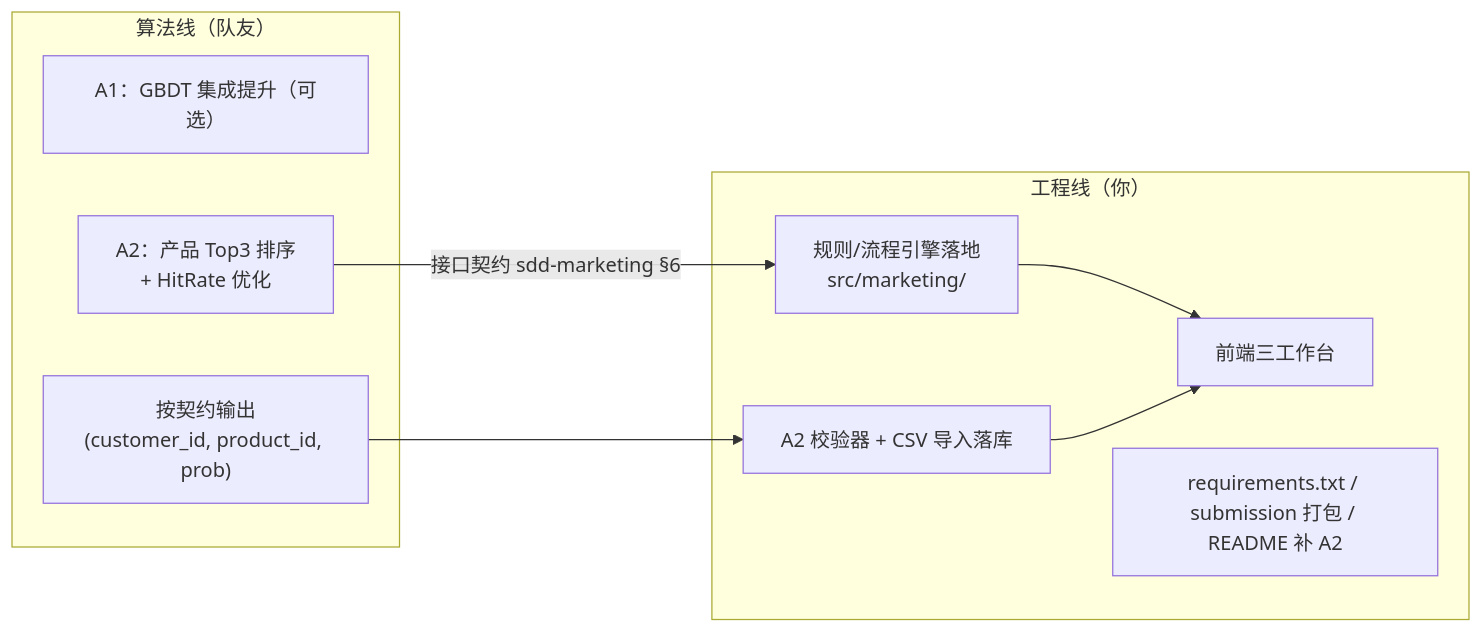
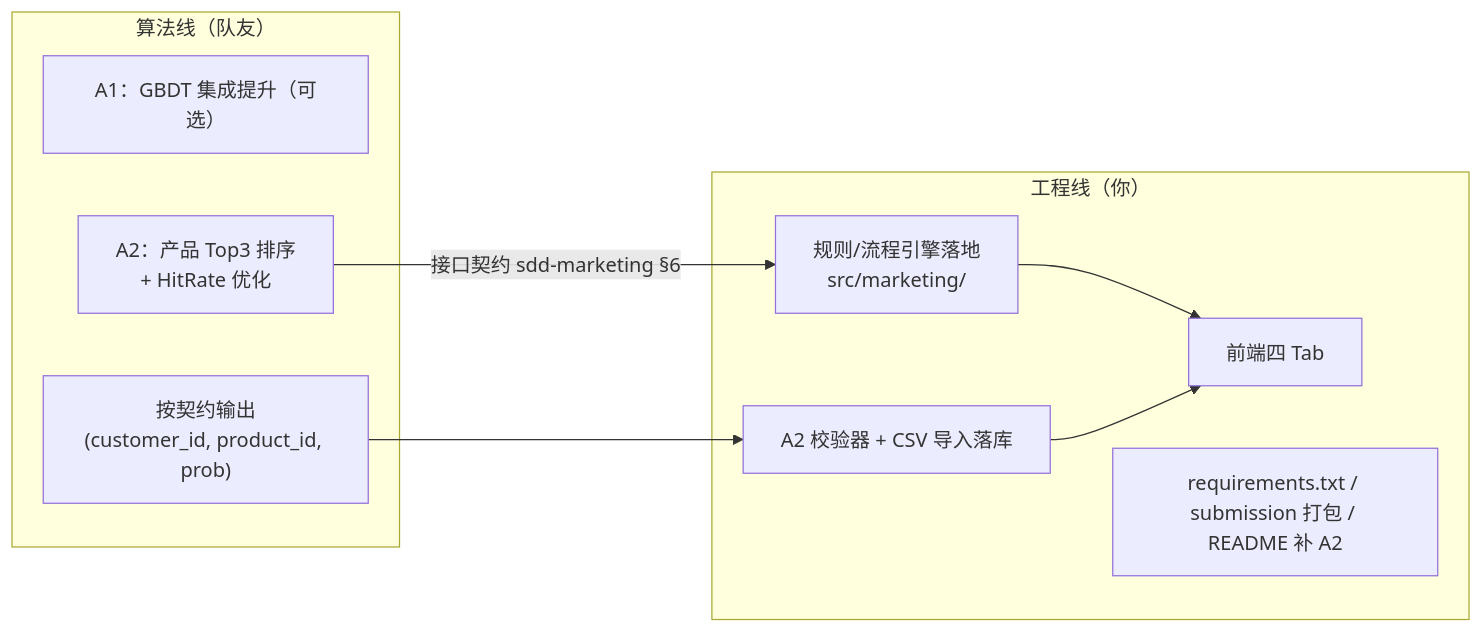
The diagram in src/docs/roadmap.md (cpyh/touchCIB), drawn with Mermaid before and after one commit. The commit also changed other lines of this file and 7 other files, not shown here.

````diff
--- a/src/docs/roadmap.md
+++ b/src/docs/roadmap.md
@@ -26,18 +26,18 @@
 ```mermaid
 flowchart LR
     subgraph TM["算法线（队友）"]
         T1["A1：GBDT 集成提升（可选）"]
         T2["A2：产品 Top3 排序<br/>+ HitRate 优化"]
         T3["按契约输出<br/>(customer_id, product_id, prob)"]
     end
     subgraph EN["工程线（你）"]
         E1["规则/流程引擎落地<br/>src/marketing/"]
         E2["A2 校验器 + CSV 导入落库"]
-        E3["前端三工作台"]
+        E3["前端四 Tab"]
         E4["requirements.txt / submission 打包 / README 补 A2"]
     end
     T2 -->|"接口契约 sdd-marketing §6"| E1
     T3 --> E2
     E1 --> E3
     E2 --> E3
 ```
````
